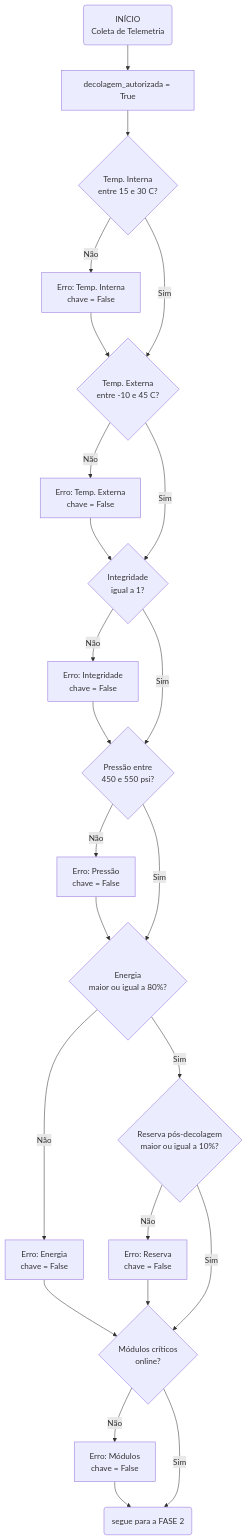
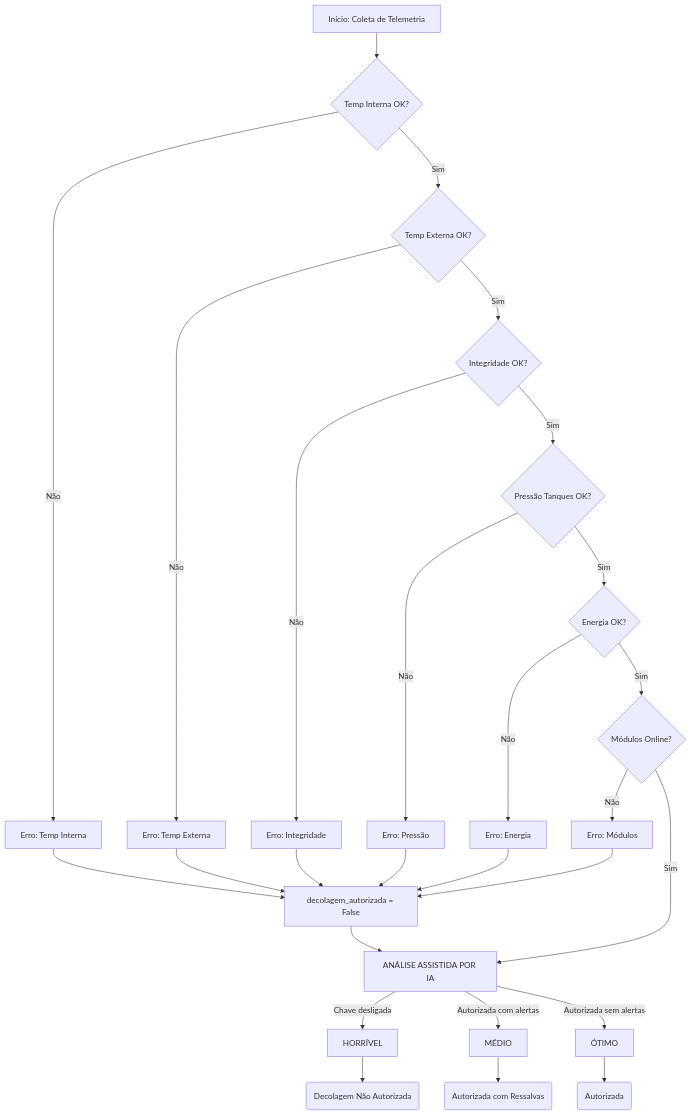
One commit to Douglasgbm/Aurora_pbl changed the diagram in ROADMAP.MD. Above: the diagram before and after it, drawn with Mermaid. The commit also changed other lines of this file and 3 other files, not shown here.

````diff
--- a/ROADMAP.MD
+++ b/ROADMAP.MD
@@ -134,33 +119,38 @@
 ```mermaid
 graph TD
-    A("INÍCIO<br/>Coleta de Telemetria") --> B["decolagem_autorizada = True"]
+    A[Início: Coleta de Telemetria] --> B{Temp Interna OK?}
 
-    B --> V1{"Temp. Interna<br/>entre 15 e 30 C?"}
-    V1 -- Não --> X1["Erro: Temp. Interna<br/>chave = False"]
-    V1 -- Sim --> V2{"Temp. Externa<br/>entre -10 e 45 C?"}
-    X1 --> V2
+    B -- Não --> C[Erro: Temp Interna]
+    B -- Sim --> D{Temp Externa OK?}
 
-    V2 -- Não --> X2["Erro: Temp. Externa<br/>chave = False"]
-    V2 -- Sim --> V3{"Integridade<br/>igual a 1?"}
-    X2 --> V3
+    D -- Não --> F[Erro: Temp Externa]
+    D -- Sim --> G{Integridade OK?}
 
-    V3 -- Não --> X3["Erro: Integridade<br/>chave = False"]
-    V3 -- Sim --> V4{"Pressão entre<br/>450 e 550 psi?"}
-    X3 --> V4
+    G -- Não --> H[Erro: Integridade]
+    G -- Sim --> I{Pressão Tanques OK?}
 
-    V4 -- Não --> X4["Erro: Pressão<br/>chave = False"]
-    V4 -- Sim --> V5{"Energia<br/>maior ou igual a 80%?"}
-    X4 --> V5
+    I -- Não --> J[Erro: Pressão]
+    I -- Sim --> K{Energia OK?}
 
-    V5 -- Não --> X5["Erro: Energia<br/>chave = False"]
-    V5 -- Sim --> V6{"Reserva pós-decolagem<br/>maior ou igual a 10%?"}
+    K -- Não --> L[Erro: Energia]
+    K -- Sim --> M{Módulos Online?}
 
-    V6 -- Não --> X6["Erro: Reserva<br/>chave = False"]
-    V6 -- Sim --> V7{"Módulos críticos<br/>online?"}
-    X5 --> V7
-    X6 --> V7
+    M -- Não --> N[Erro: Módulos]
+    M -- Sim --> IA[ANÁLISE ASSISTIDA POR IA]
 
-    V7 -- Não --> X7["Erro: Módulos<br/>chave = False"]
-    V7 -- Sim --> IA("segue para a FASE 2")
-    X7 --> IA
+    C --> E[decolagem_autorizada = False]
+    F --> E
+    H --> E
+    J --> E
+    L --> E
+    N --> E
+    E --> IA
+
+    IA -- Chave desligada --> P1[HORRÍVEL]
+    IA -- Autorizada com alertas --> P2[MÉDIO]
+    IA -- Autorizada sem alertas --> P3[ÓTIMO]
+
+    P1 --> R1(Decolagem Não Autorizada)
+    P2 --> R2(Autorizada com Ressalvas)
+    P3 --> R3(Autorizada)
 ```
````
